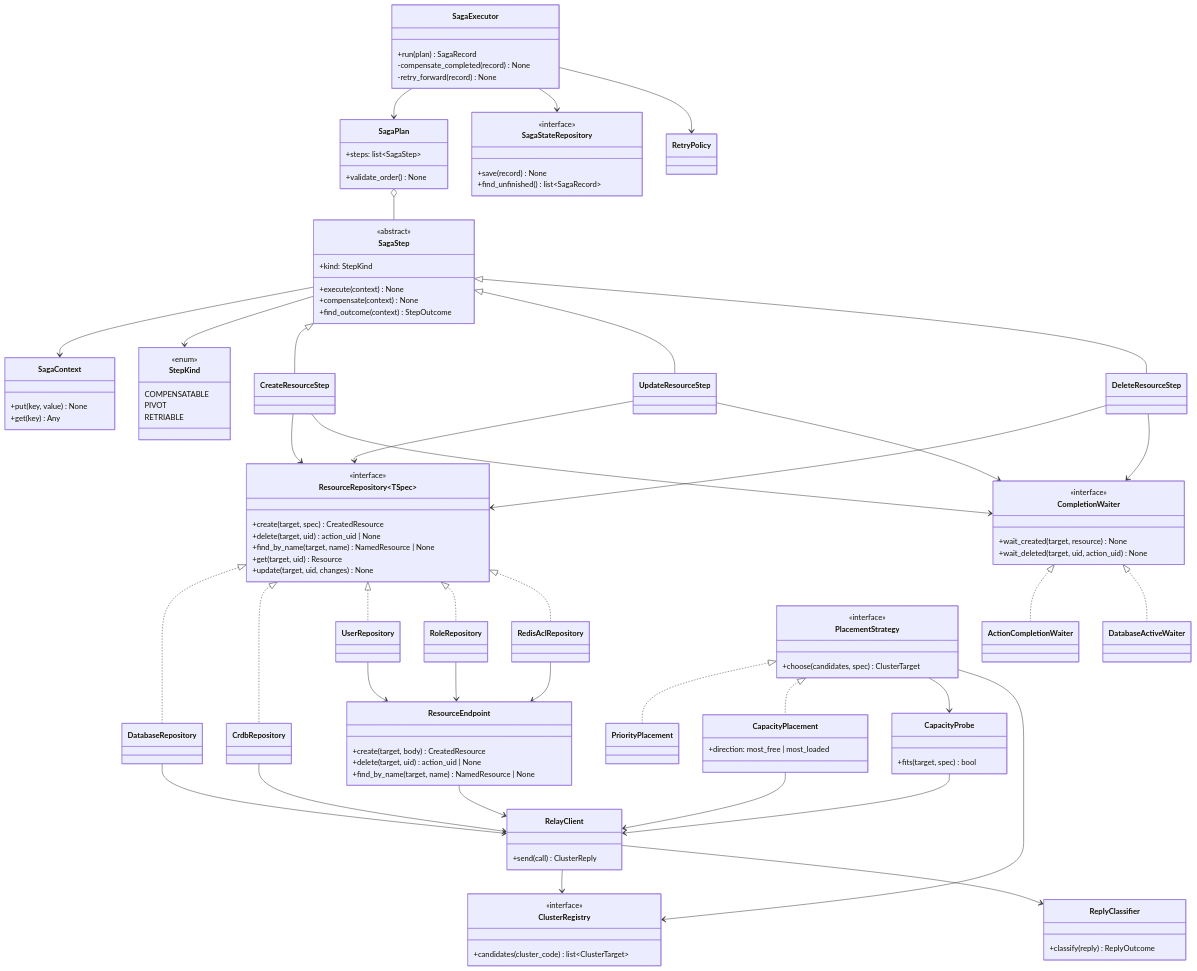
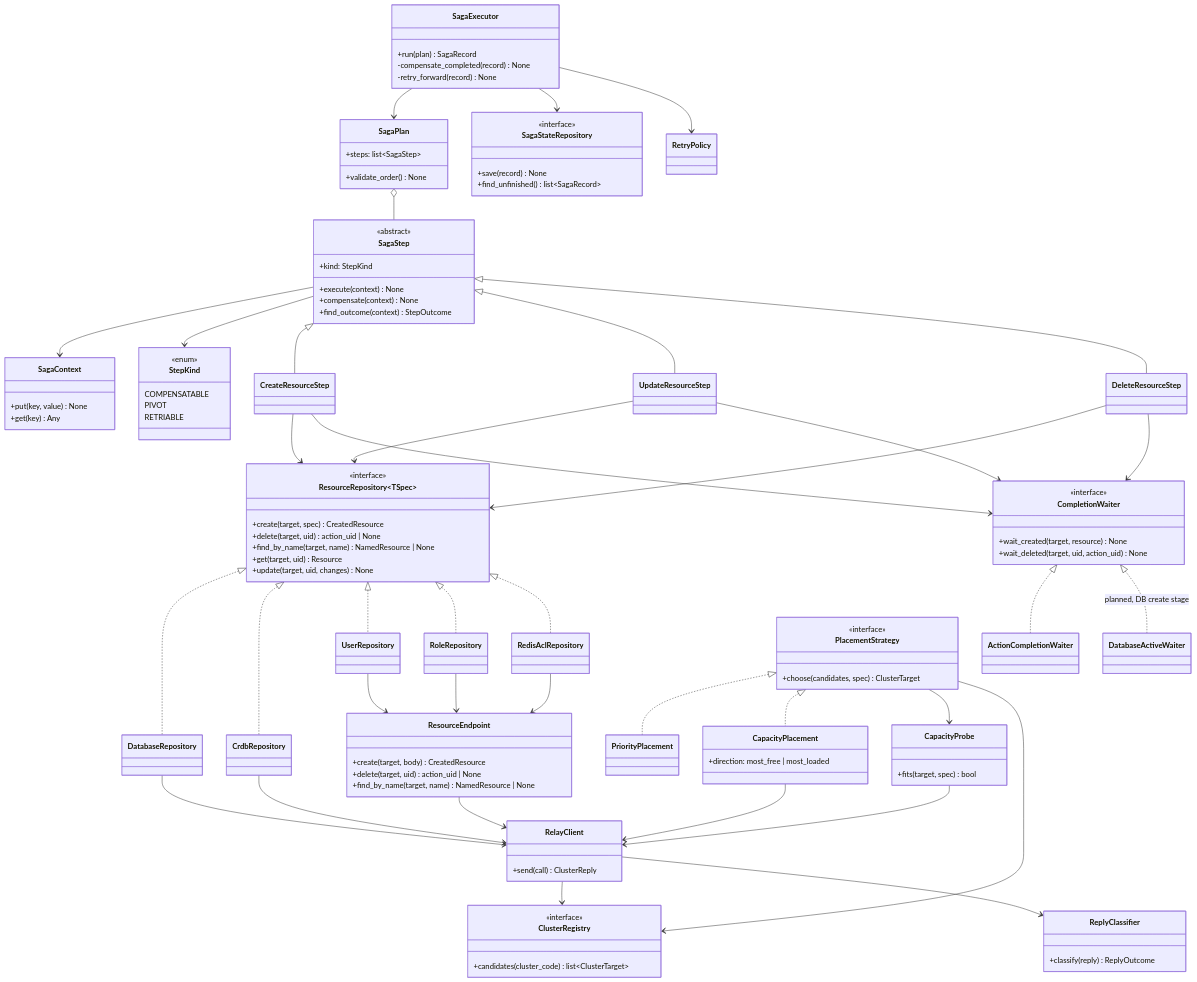
One commit to EliShteinman/redis-enterprise-services changed the second of 2 diagrams in docs/design/saga.md. Above: the diagram before and after it, drawn with Mermaid. The commit also changed other lines of this file, not shown here.

Commit message:
docs(saga): DatabaseActiveWaiter as a CompletionWaiter is planned for the DB create stage; specs have a name

```diff
--- a/docs/design/saga.md
+++ b/docs/design/saga.md
@@ -758,7 +758,7 @@
     UpdateResourceStep --> CompletionWaiter
     DeleteResourceStep --> CompletionWaiter
     CompletionWaiter <|.. ActionCompletionWaiter
-    CompletionWaiter <|.. DatabaseActiveWaiter
+    CompletionWaiter <|.. DatabaseActiveWaiter : planned, DB create stage
     ResourceRepository <|.. DatabaseRepository
     ResourceRepository <|.. CrdbRepository
     ResourceRepository <|.. UserRepository
```
